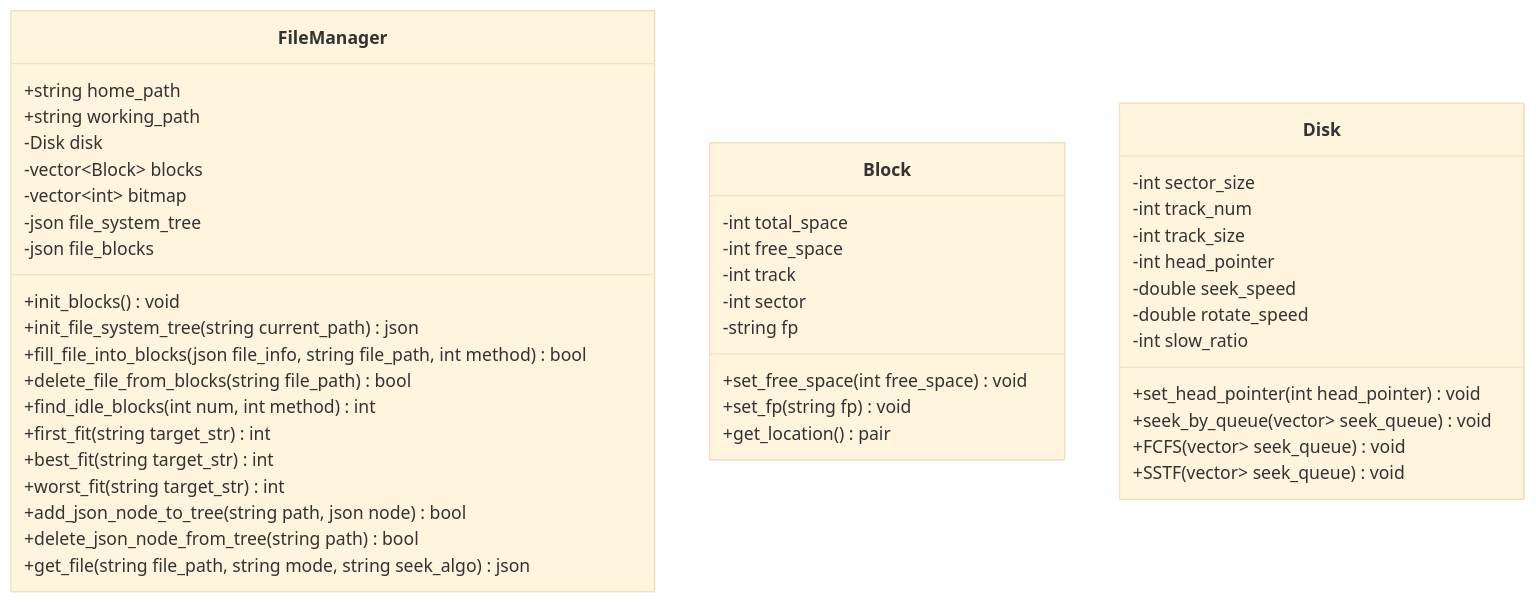
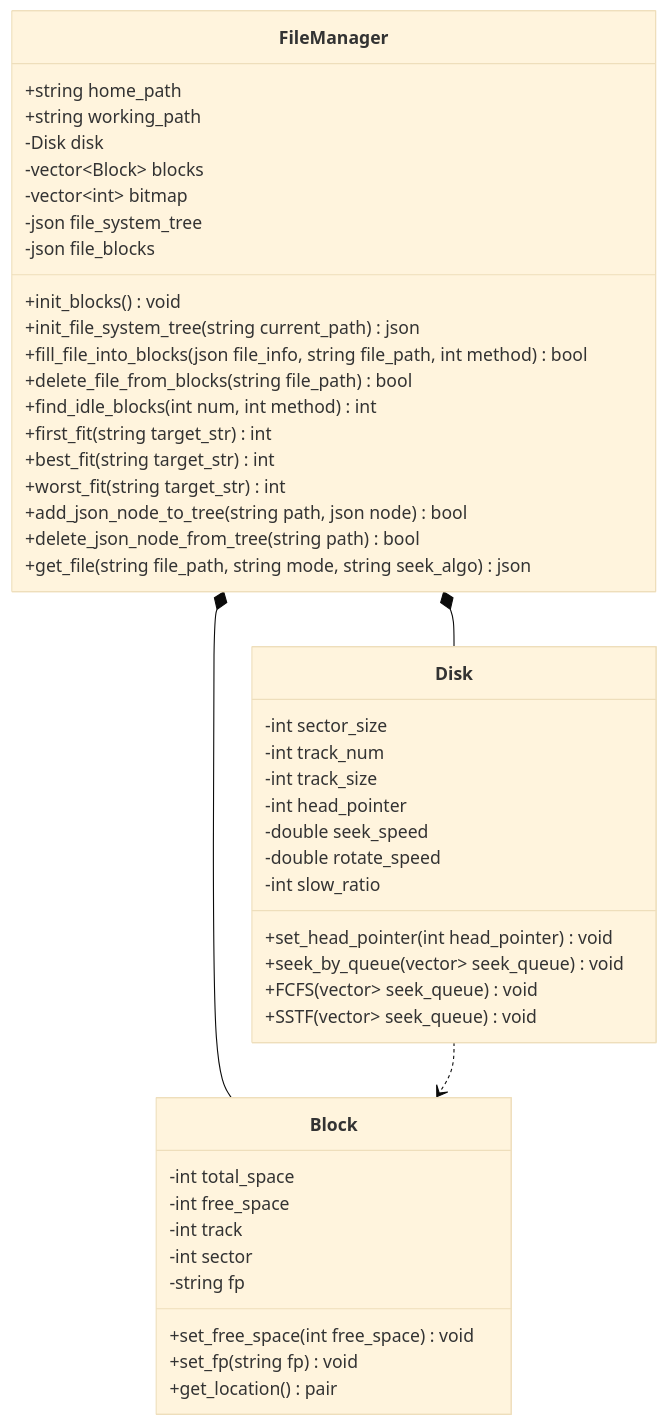
One commit to MsunM-cell/Operating-System changed the third of 3 diagrams in README.md. Above: the diagram before and after it, drawn with Mermaid (base theme).

Commit message:
add: relationship of class diagram in File Management

````diff
--- a/README.md
+++ b/README.md
@@ -92,51 +92,55 @@
 ```mermaid
 classDiagram
 class FileManager {
     +string home_path
     +string working_path
     -Disk disk
     -vector~Block~ blocks
     -vector~int~ bitmap
     -json file_system_tree
     -json file_blocks
 
     +init_blocks() void
     +init_file_system_tree(string current_path) json
     +fill_file_into_blocks(json file_info, string file_path, int method) bool
     +delete_file_from_blocks(string file_path) bool
     +find_idle_blocks(int num, int method) int
     +first_fit(string target_str) int
     +best_fit(string target_str) int
     +worst_fit(string target_str) int
     +add_json_node_to_tree(string path, json node) bool
     +delete_json_node_from_tree(string path) bool
     +get_file(string file_path, string mode, string seek_algo) json
 }
 
 class Block {
     -int total_space
     -int free_space
     -int track
     -int sector
     -string fp
 
     +set_free_space(int free_space) void
     +set_fp(string fp) void
     +get_location() pair<int, int>
 }
 
 class Disk {
     -int sector_size
     -int track_num
     -int track_size
     -int head_pointer
     -double seek_speed
     -double rotate_speed
     -int slow_ratio
 
     +set_head_pointer(int head_pointer) void
     +seek_by_queue(vector<pair<int, int>> seek_queue) void
     +FCFS(vector<pair<int, int>> seek_queue) void
     +SSTF(vector<pair<int, int>> seek_queue) void
 }
+
+FileManager *-- Disk
+FileManager *-- Block
+Disk ..> Block
 ```
````
